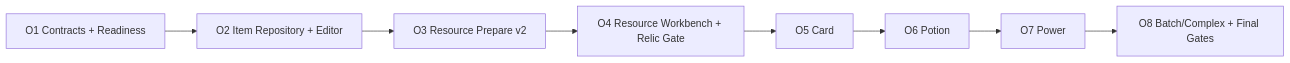
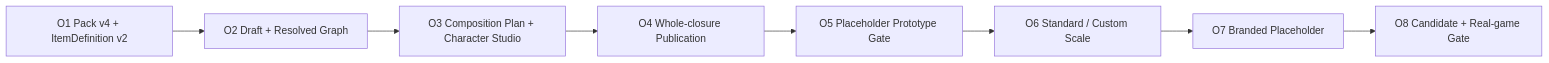
Before and after one commit to Frashmeat/AgentForSTS2: the second of 2 diagrams in docs/03-当前方案/当前方案.md, drawn with Mermaid. The commit also changed other lines of this file and 32 other files, not shown here.

Commit message:
feat(pack): establish character composition contracts

````diff
--- a/docs/03-当前方案/当前方案.md
+++ b/docs/03-当前方案/当前方案.md
@@ -113,10 +115,10 @@
 ```mermaid
 flowchart LR
-    O1[O1 Contracts + Readiness] --> O2[O2 Item Repository + Editor]
-    O2 --> O3[O3 Resource Prepare v2]
-    O3 --> O4[O4 Resource Workbench + Relic Gate]
-    O4 --> O5[O5 Card]
-    O5 --> O6[O6 Potion]
-    O6 --> O7[O7 Power]
-    O7 --> O8[O8 Batch/Complex + Final Gates]
+    O1[O1 Pack v4 + ItemDefinition v2] --> O2[O2 Draft + Resolved Graph]
+    O2 --> O3[O3 Composition Plan + Character Studio]
+    O3 --> O4[O4 Whole-closure Publication]
+    O4 --> O5[O5 Placeholder Prototype Gate]
+    O5 --> O6[O6 Standard / Custom Scale]
+    O6 --> O7[O7 Branded Placeholder]
+    O7 --> O8[O8 Candidate + Real-game Gate]
 ```
````
